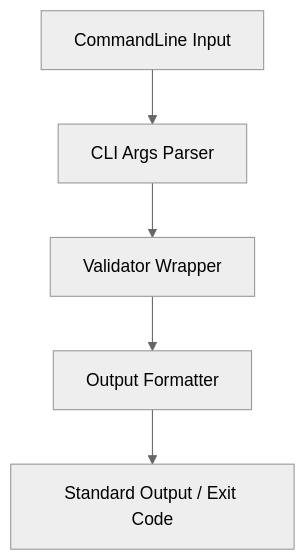
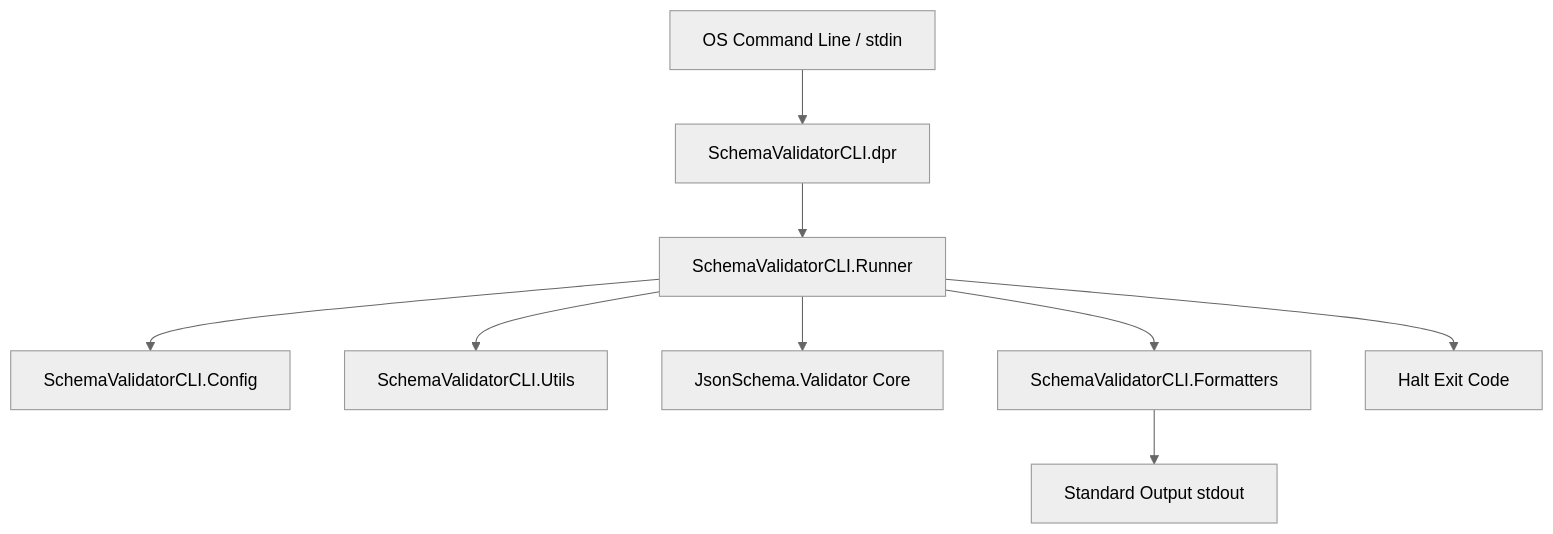
One commit to weslleycapelari/JsonSchema changed the diagram in tools/SchemaValidatorCLI/docs/architecture/architecture.md. Above: the diagram before and after it, drawn with Mermaid (neutral theme). The commit also changed other lines of this file and 17 other files, not shown here.

First line of the commit message:
Add GUI test runner and unit tests for SchemaValidatorCLI

````diff
--- a/tools/SchemaValidatorCLI/docs/architecture/architecture.md
+++ b/tools/SchemaValidatorCLI/docs/architecture/architecture.md
@@ -9,7 +11,11 @@
 ```mermaid
 flowchart TD
-    A[CommandLine Input] --> B[CLI Args Parser]
-    B --> C[Validator Wrapper]
-    C --> D[Output Formatter]
-    D --> E[Standard Output / Exit Code]
+    A[OS Command Line / stdin] --> B[SchemaValidatorCLI.dpr]
+    B --> C[SchemaValidatorCLI.Runner]
+    C --> D[SchemaValidatorCLI.Config]
+    C --> E[SchemaValidatorCLI.Utils]
+    C --> F[JsonSchema.Validator Core]
+    C --> G[SchemaValidatorCLI.Formatters]
+    G --> H[Standard Output stdout]
+    C --> I[Halt Exit Code]
 ```
````
